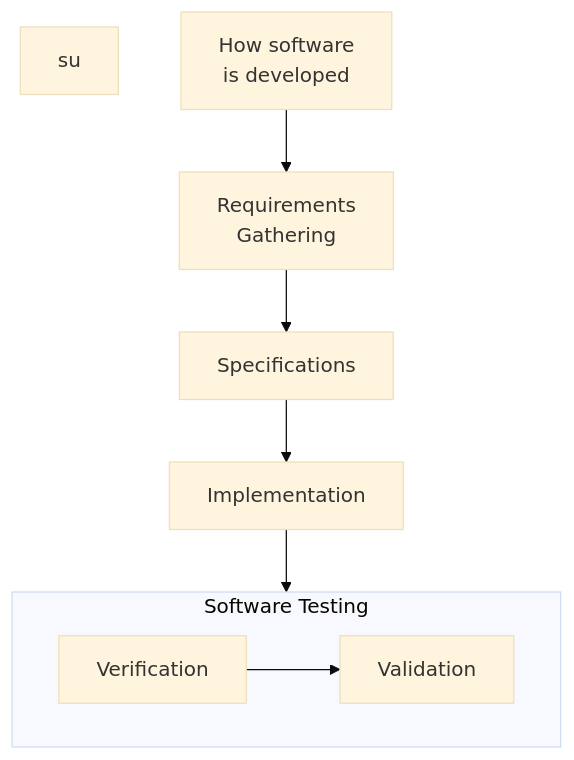
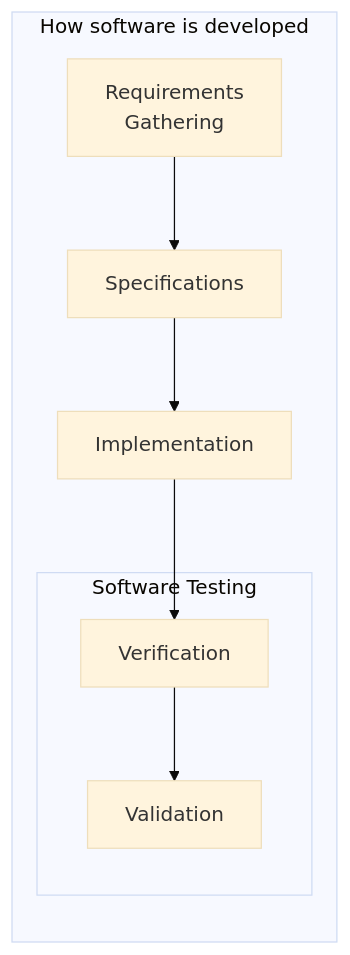
Before and after one commit to sd4483/Obsidian: the diagram in Software Testing/Begin Here.md, drawn with Mermaid (base theme).

Commit message:
vault backup: 2023-02-28 22:45:16

````diff
--- a/Software Testing/Begin Here.md
+++ b/Software Testing/Begin Here.md
@@ -1,12 +1,11 @@
 ```mermaid
 flowchart TB
-su
-	software[How software \n is developed]-->req[Requirements \n Gathering]
-	req --> spec[Specifications] --> impl[Implementation]
-	impl --> verif[Verification]
+	subgraph How software is developed
+		direction TB
+	req[Requirements \n Gathering] --> spec[Specifications] --> impl[Implementation] --> verif[Verification]
 	subgraph Software Testing
-		direction LR
-		verif --> val[Validation]
+	verif --> val[Validation]
+	end
 	end
 	
 ```
````
